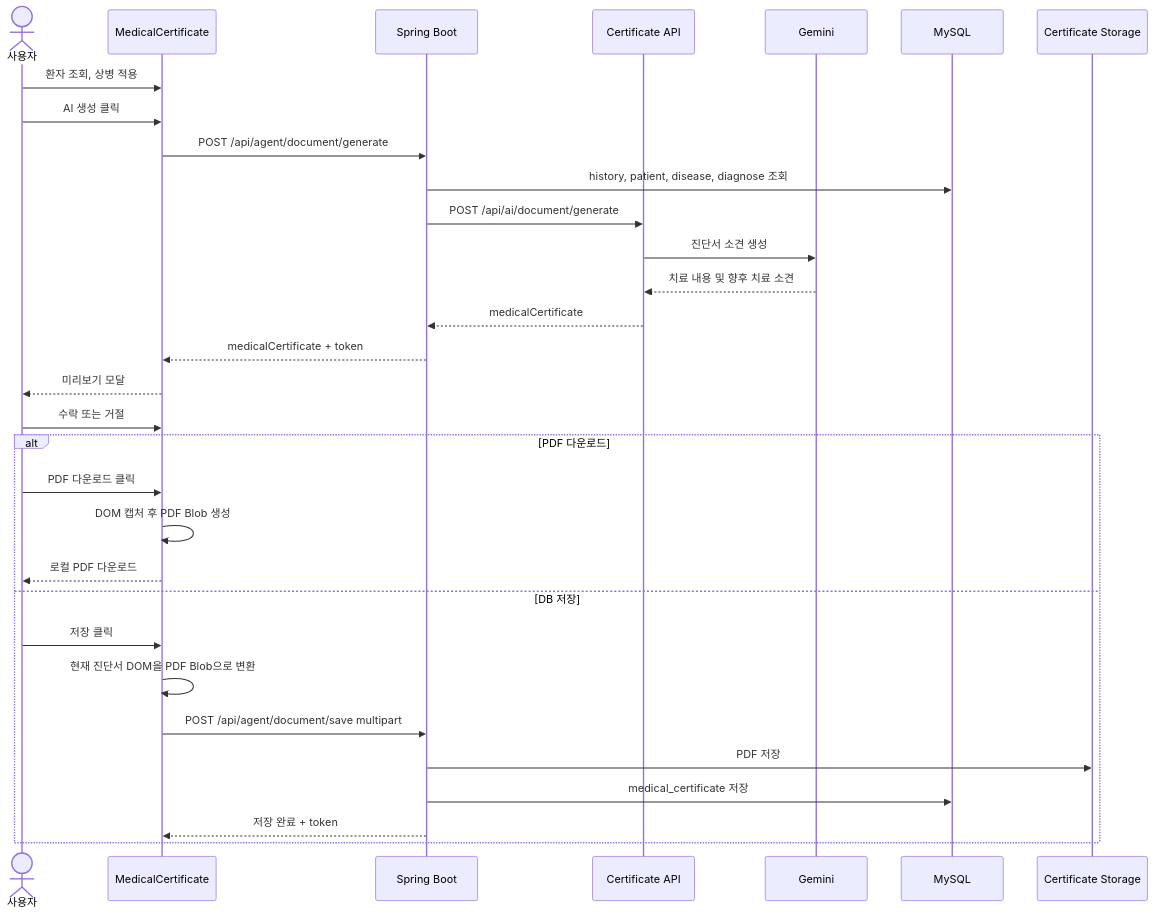
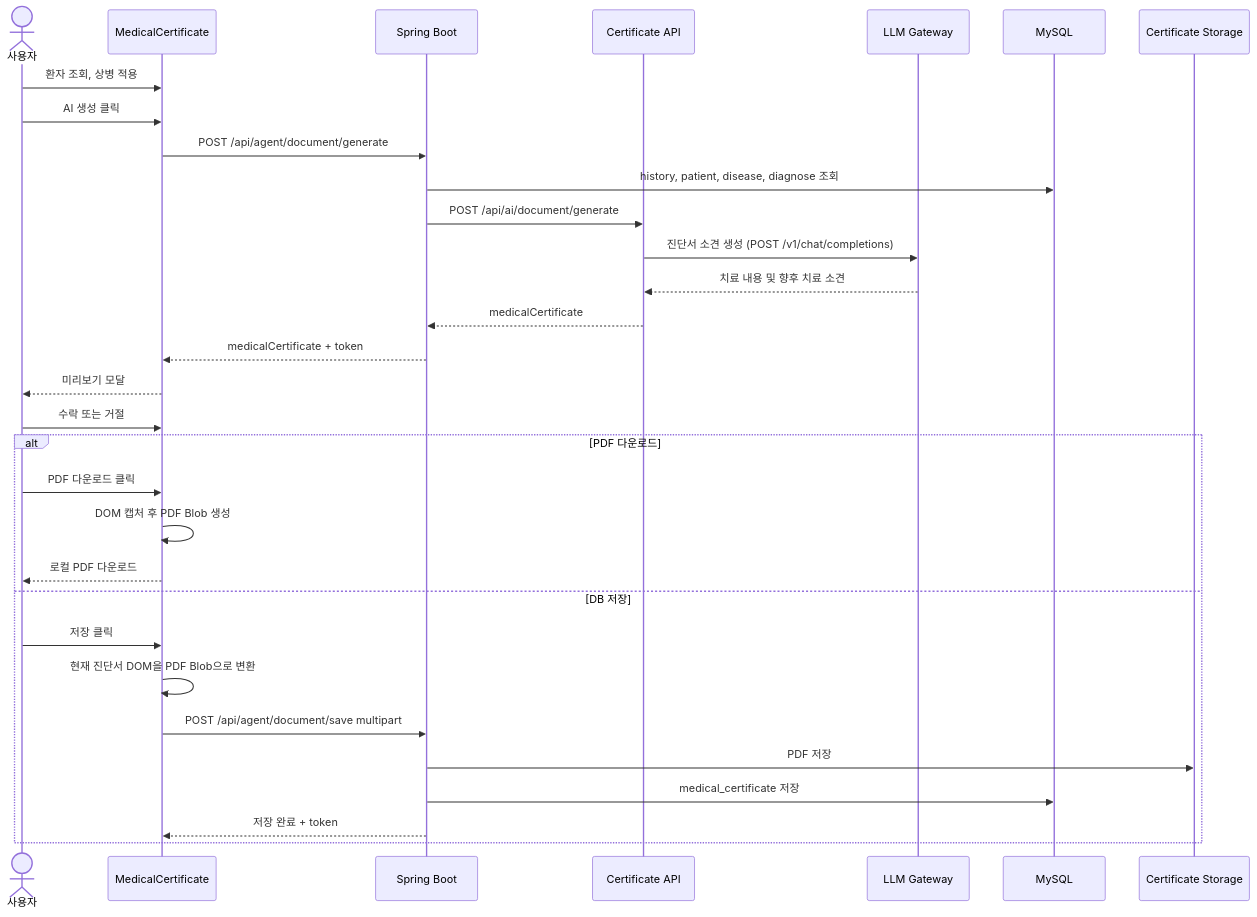
The sixth of 7 diagrams in Docs/02-user-flows.md (kjbddo/bitcomputer-emr), drawn with Mermaid before and after one commit. The commit also changed other lines of this file and 11 other files, not shown here.

````diff
--- a/Docs/02-user-flows.md
+++ b/Docs/02-user-flows.md
@@ -149,35 +149,35 @@
 ```mermaid
 sequenceDiagram
   actor User as 사용자
   participant FE as MedicalCertificate
   participant Spring as Spring Boot
   participant Cert as Certificate API
-  participant Gemini as Gemini
+  participant GW as LLM Gateway
   participant DB as MySQL
   participant Files as Certificate Storage
 
   User->>FE: 환자 조회, 상병 적용
   User->>FE: AI 생성 클릭
   FE->>Spring: POST /api/agent/document/generate
   Spring->>DB: history, patient, disease, diagnose 조회
   Spring->>Cert: POST /api/ai/document/generate
-  Cert->>Gemini: 진단서 소견 생성
-  Gemini-->>Cert: 치료 내용 및 향후 치료 소견
+  Cert->>GW: 진단서 소견 생성 (POST /v1/chat/completions)
+  GW-->>Cert: 치료 내용 및 향후 치료 소견
   Cert-->>Spring: medicalCertificate
   Spring-->>FE: medicalCertificate + token
   FE-->>User: 미리보기 모달
   User->>FE: 수락 또는 거절
 
   alt PDF 다운로드
     User->>FE: PDF 다운로드 클릭
     FE->>FE: DOM 캡처 후 PDF Blob 생성
     FE-->>User: 로컬 PDF 다운로드
   else DB 저장
     User->>FE: 저장 클릭
     FE->>FE: 현재 진단서 DOM을 PDF Blob으로 변환
     FE->>Spring: POST /api/agent/document/save multipart
     Spring->>Files: PDF 저장
     Spring->>DB: medical_certificate 저장
     Spring-->>FE: 저장 완료 + token
   end
 ```
````
